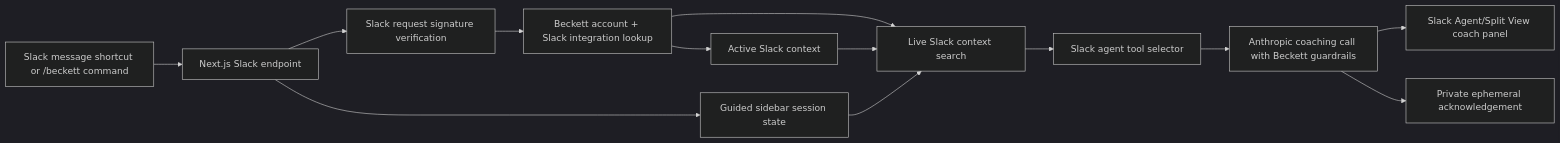
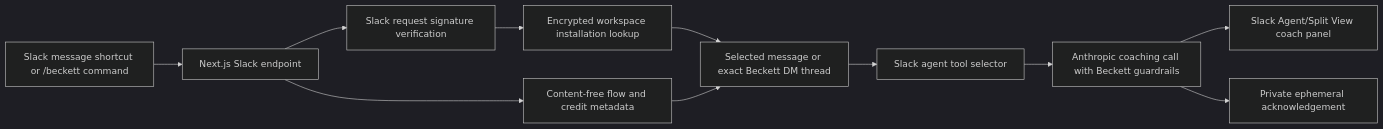
Before and after one commit to sloane-oxleybarnes/Beckett-Web: the diagram in docs/slack-hackathon-submission.md, drawn with Mermaid (dark theme). The commit also changed other lines of this file and 48 other files, not shown here.

````diff
--- a/docs/slack-hackathon-submission.md
+++ b/docs/slack-hackathon-submission.md
@@ -64,15 +64,13 @@
 ```mermaid
 flowchart LR
   A["Slack message shortcut or /beckett command"] --> B["Next.js Slack endpoint"]
   B --> C["Slack request signature verification"]
-  C --> D["Beckett account + Slack integration lookup"]
-  D --> H["Active Slack context"]
-  D --> E["Live Slack context search"]
-  H --> E
-  E --> F["Slack agent tool selector"]
+  C --> D["Encrypted workspace installation lookup"]
+  D --> H["Selected message or exact Beckett DM thread"]
+  H --> F["Slack agent tool selector"]
   F --> G["Anthropic coaching call with Beckett guardrails"]
   G --> I["Slack Agent/Split View coach panel"]
-  B --> J["Guided sidebar session state"]
-  J --> E
+  B --> J["Content-free flow and credit metadata"]
+  J --> H
   G --> K["Private ephemeral acknowledgement"]
 ```
````
